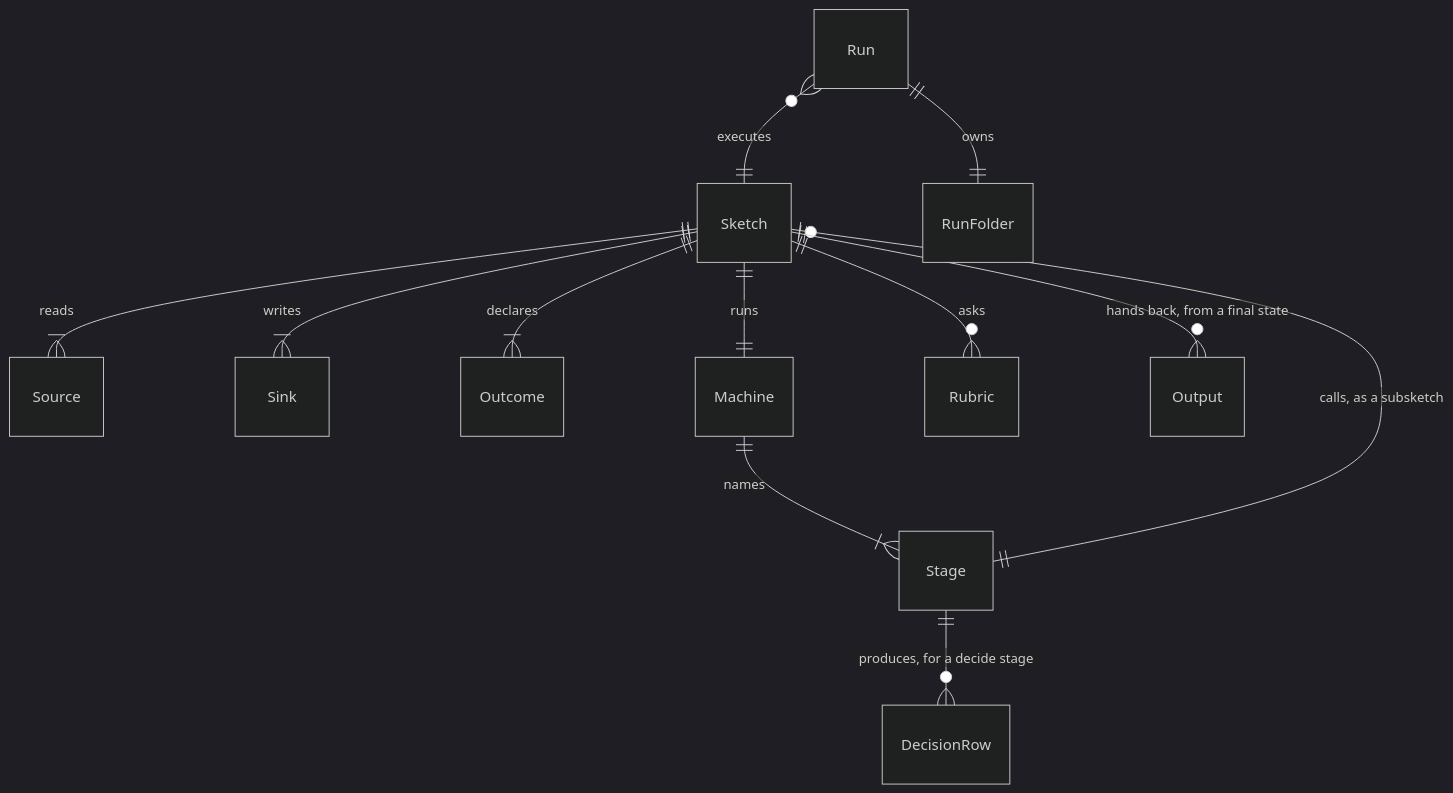
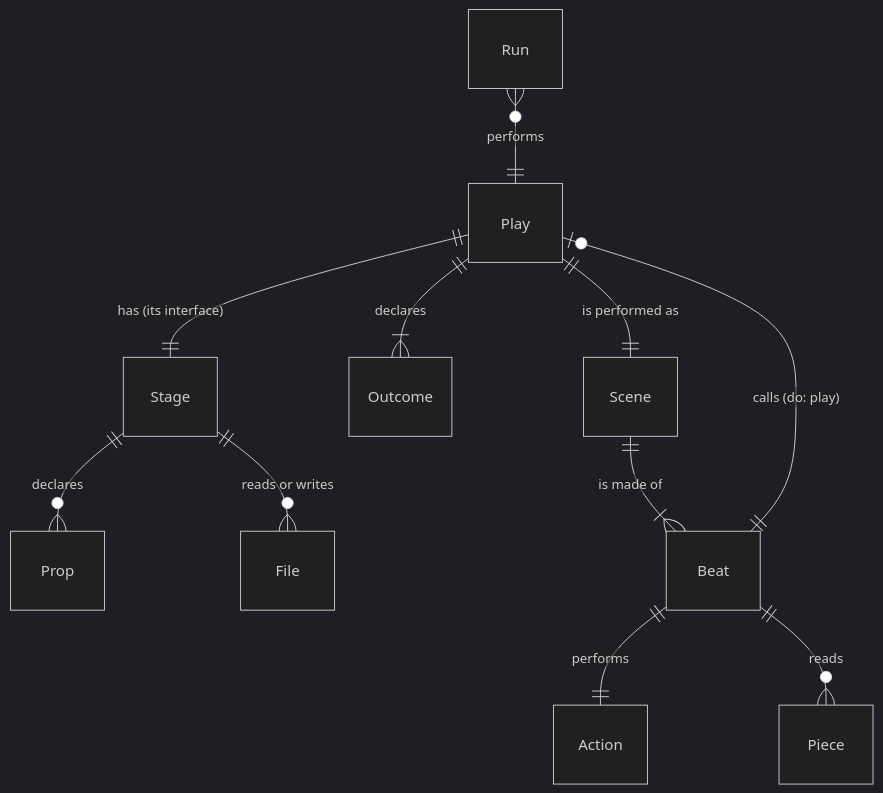
One commit to drusifer/understudy changed the first of 2 diagrams in docs/DOMAIN.md. Above: the diagram before and after it, drawn with Mermaid (dark theme). The commit also changed other lines of this file and 8 other files, not shown here.

````diff
--- a/docs/DOMAIN.md
+++ b/docs/DOMAIN.md
@@ -63,14 +60,13 @@
 ```mermaid
 erDiagram
-    Sketch ||--|{ Source : reads
-    Sketch ||--|{ Sink : writes
-    Sketch ||--|{ Outcome : declares
-    Sketch ||--|| Machine : runs
-    Sketch ||--o{ Rubric : asks
-    Machine ||--|{ Stage : names
-    Stage ||--o{ DecisionRow : "produces, for a decide stage"
-    Stage ||--o| Sketch : "calls, as a subsketch"
-    Sketch ||--o{ Output : "hands back, from a final state"
-    Run }o--|| Sketch : executes
-    Run ||--|| RunFolder : owns
+    Play ||--|| Stage : "has (its interface)"
+    Stage ||--o{ Prop : declares
+    Stage ||--o{ File : "reads or writes"
+    Play ||--|{ Outcome : declares
+    Play ||--|| Scene : "is performed as"
+    Scene ||--|{ Beat : "is made of"
+    Beat ||--|| Action : performs
+    Beat ||--o{ Piece : reads
+    Beat ||--o| Play : "calls (do: play)"
+    Run }o--|| Play : performs
 ```
````
